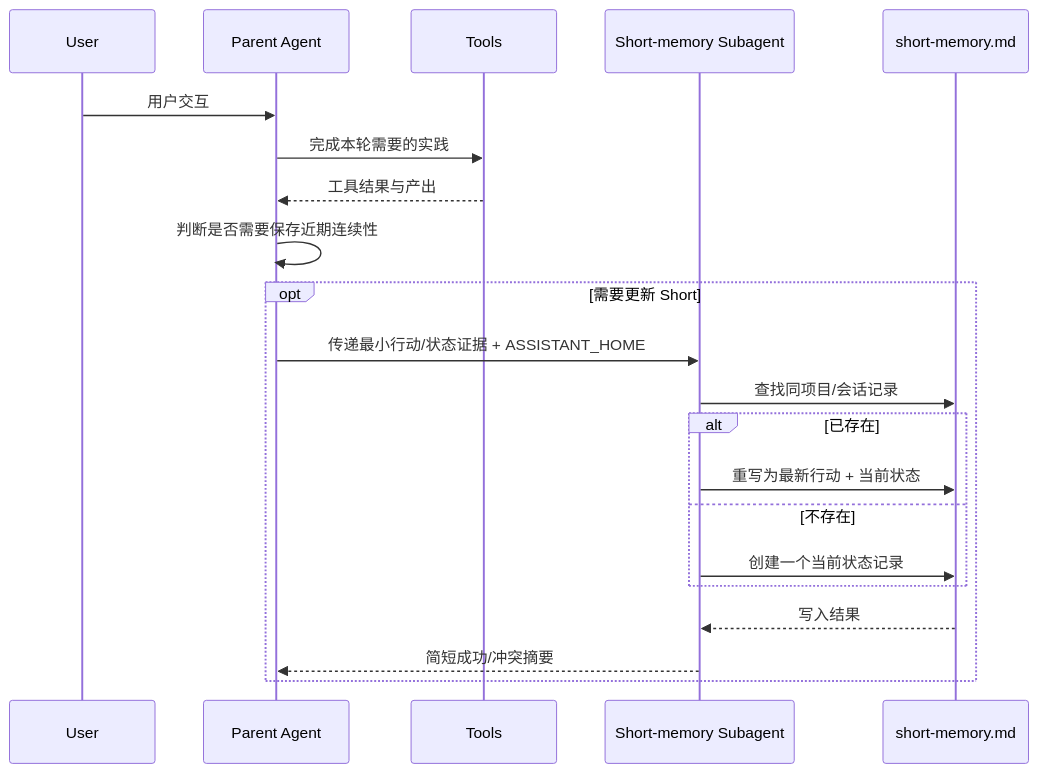
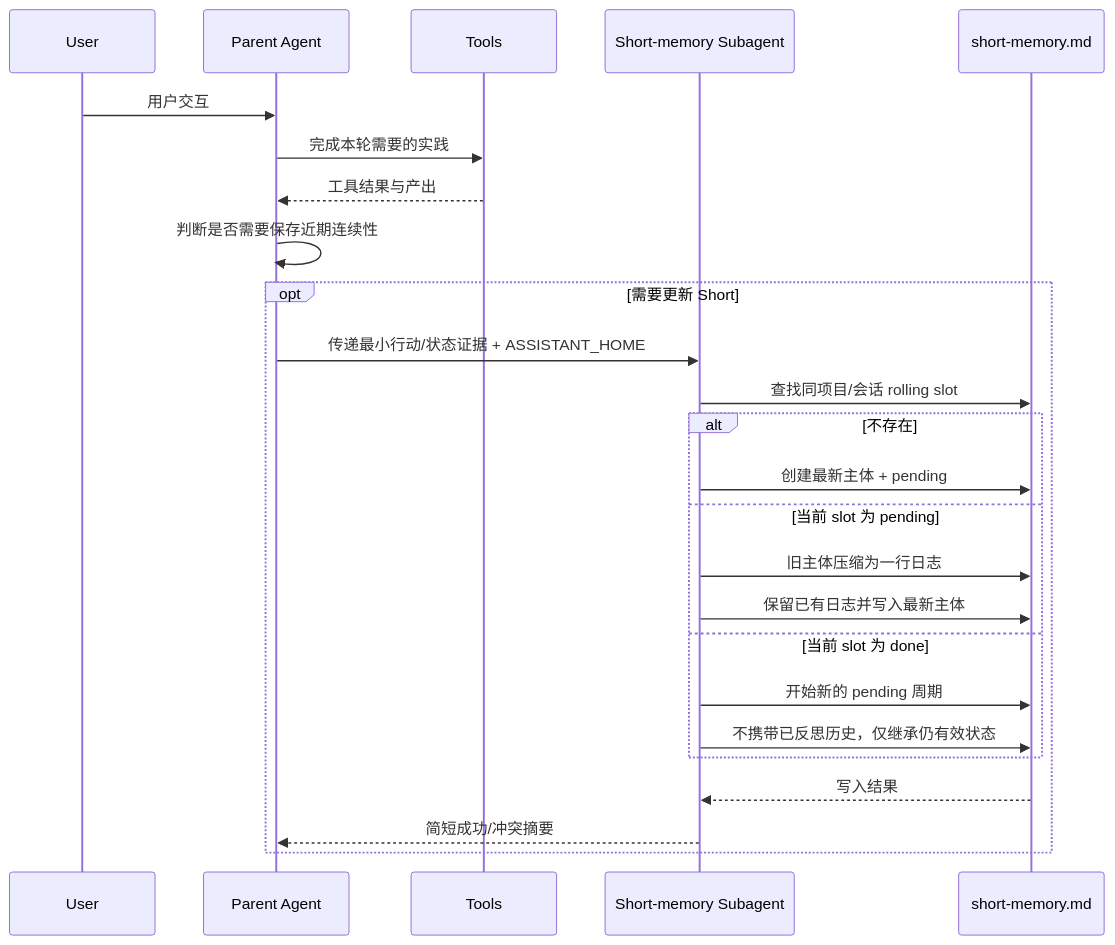
One commit to Ri0n72Y/agent-identity-cycle changed the first of 4 diagrams in docs/data-flow.md. Above: the diagram before and after it, drawn with Mermaid. The commit also changed other lines of this file and 7 other files, not shown here.

````diff
--- a/docs/data-flow.md
+++ b/docs/data-flow.md
@@ -9,24 +9,28 @@
 ```mermaid
 sequenceDiagram
     participant U as User
     participant A as Parent Agent
     participant T as Tools
     participant SA as Short-memory Subagent
     participant S as short-memory.md
 
     U->>A: 用户交互
     A->>T: 完成本轮需要的实践
     T-->>A: 工具结果与产出
     A->>A: 判断是否需要保存近期连续性
     opt 需要更新 Short
         A->>SA: 传递最小行动/状态证据 + ASSISTANT_HOME
-        SA->>S: 查找同项目/会话记录
-        alt 已存在
-            SA->>S: 重写为最新行动 + 当前状态
-        else 不存在
-            SA->>S: 创建一个当前状态记录
+        SA->>S: 查找同项目/会话 rolling slot
+        alt 不存在
+            SA->>S: 创建最新主体 + pending
+        else 当前 slot 为 pending
+            SA->>S: 旧主体压缩为一行日志
+            SA->>S: 保留已有日志并写入最新主体
+        else 当前 slot 为 done
+            SA->>S: 开始新的 pending 周期
+            SA->>S: 不携带已反思历史，仅继承仍有效状态
         end
         S-->>SA: 写入结果
         SA-->>A: 简短成功/冲突摘要
     end
 ```
````
